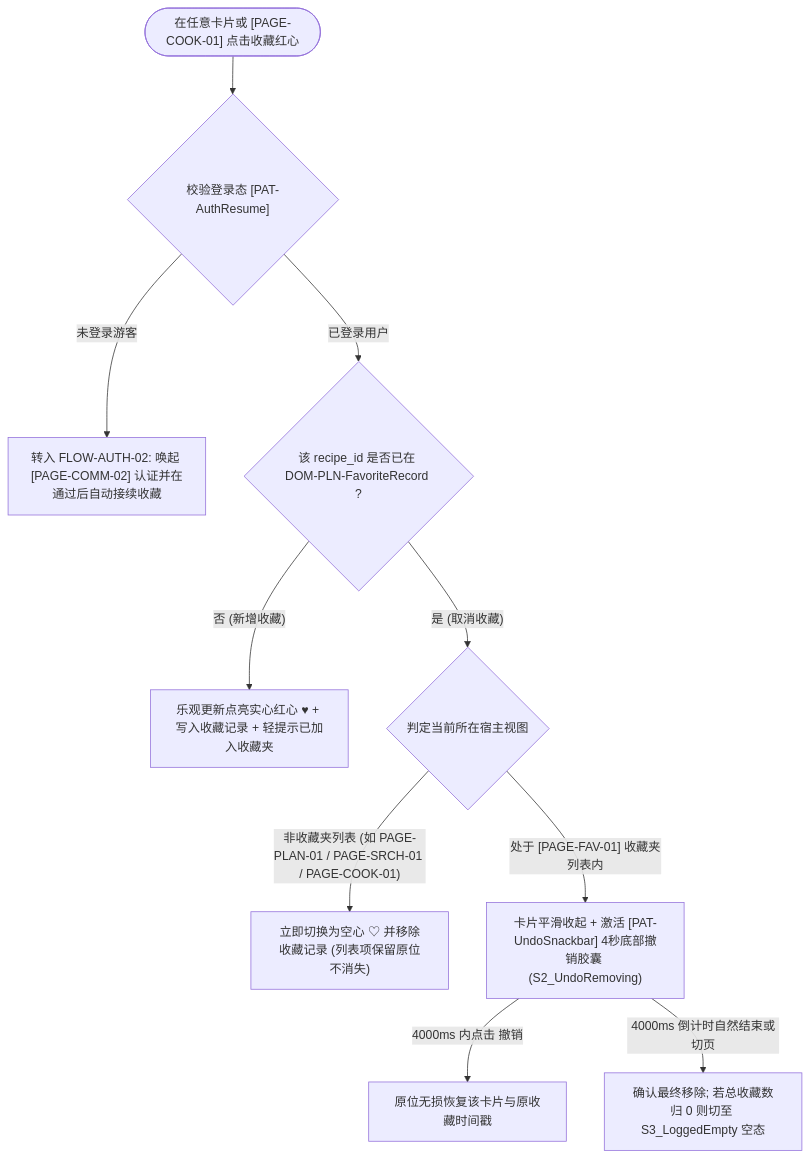
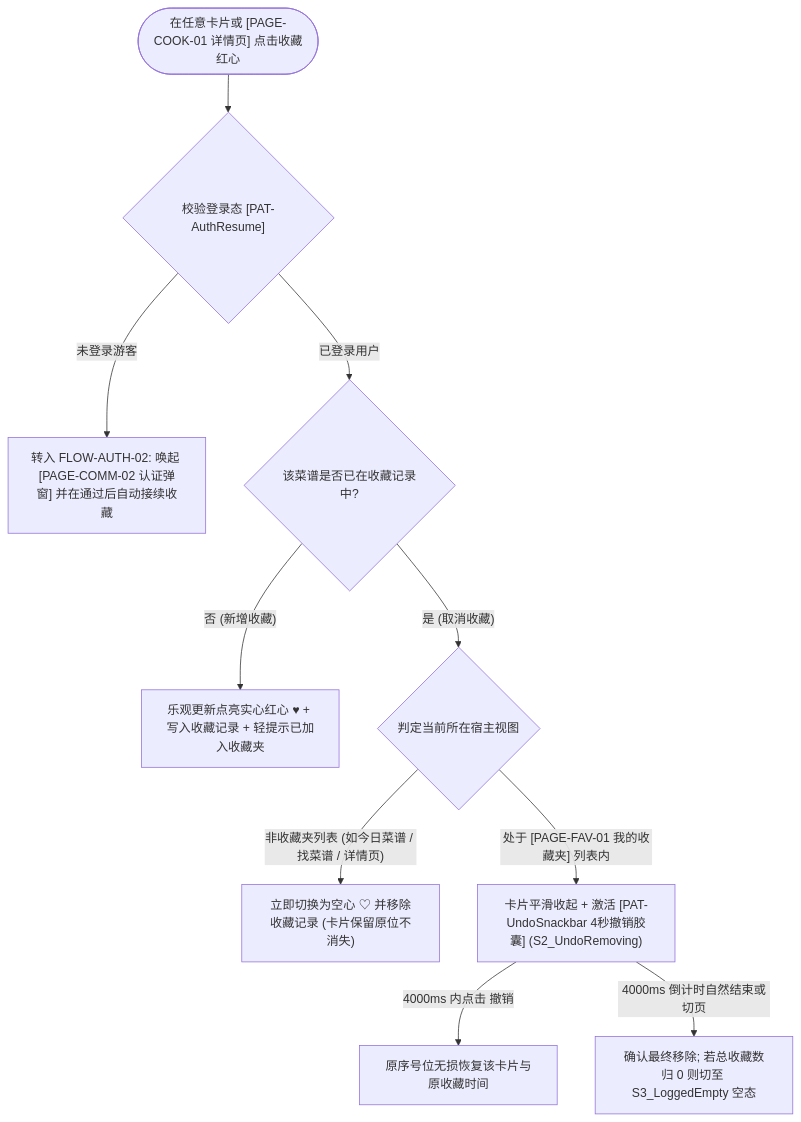
One commit to icecream154/Cookbook changed the second of 2 diagrams in Product/spec/04-ia-and-flows/flows/search-and-collection.md. Above: the diagram before and after it, drawn with Mermaid. The commit also changed other lines of this file and 43 other files, not shown here.

````diff
--- a/Product/spec/04-ia-and-flows/flows/search-and-collection.md
+++ b/Product/spec/04-ia-and-flows/flows/search-and-collection.md
@@ -39,15 +41,15 @@
 ```mermaid
 flowchart TD
-    CLICK_HEART(["在任意卡片或 [PAGE-COOK-01] 点击收藏红心"]) --> IS_LOGIN{"校验登录态 [PAT-AuthResume]"}
-    IS_LOGIN -- "未登录游客" --> AUTH_GATE["转入 FLOW-AUTH-02: 唤起 [PAGE-COMM-02] 认证并在通过后自动接续收藏"]
-    IS_LOGIN -- "已登录用户" --> IS_FAV{"该 recipe_id 是否已在 DOM-PLN-FavoriteRecord ?"}
+    CLICK_HEART(["在任意卡片或 [PAGE-COOK-01 详情页] 点击收藏红心"]) --> IS_LOGIN{"校验登录态 [PAT-AuthResume]"}
+    IS_LOGIN -- "未登录游客" --> AUTH_GATE["转入 FLOW-AUTH-02: 唤起 [PAGE-COMM-02 认证弹窗] 并在通过后自动接续收藏"]
+    IS_LOGIN -- "已登录用户" --> IS_FAV{"该菜谱是否已在收藏记录中?"}
 
     IS_FAV -- "否 (新增收藏)" --> ADD_FAV["乐观更新点亮实心红心 ♥ + 写入收藏记录 + 轻提示已加入收藏夹"]
     IS_FAV -- "是 (取消收藏)" --> WHERE{"判定当前所在宿主视图"}
 
-    WHERE -- "非收藏夹列表 (如 PAGE-PLAN-01 / PAGE-SRCH-01 / PAGE-COOK-01)" --> REMOVE_DIRECT["立即切换为空心 ♡ 并移除收藏记录 (列表项保留原位不消失)"]
-    WHERE -- "处于 [PAGE-FAV-01] 收藏夹列表内" --> REMOVE_WITH_UNDO["卡片平滑收起 + 激活 [PAT-UndoSnackbar] 4秒底部撤销胶囊 (S2_UndoRemoving)"]
+    WHERE -- "非收藏夹列表 (如今日菜谱 / 找菜谱 / 详情页)" --> REMOVE_DIRECT["立即切换为空心 ♡ 并移除收藏记录 (卡片保留原位不消失)"]
+    WHERE -- "处于 [PAGE-FAV-01 我的收藏夹] 列表内" --> REMOVE_WITH_UNDO["卡片平滑收起 + 激活 [PAT-UndoSnackbar 4秒撤销胶囊] (S2_UndoRemoving)"]
 
-    REMOVE_WITH_UNDO -- "4000ms 内点击 撤销" --> RESTORE["原位无损恢复该卡片与原收藏时间戳"]
+    REMOVE_WITH_UNDO -- "4000ms 内点击 撤销" --> RESTORE["原序号位无损恢复该卡片与原收藏时间"]
     REMOVE_WITH_UNDO -- "4000ms 倒计时自然结束或切页" --> COMMIT_DEL["确认最终移除; 若总收藏数归 0 则切至 S3_LoggedEmpty 空态"]
 ```
````
